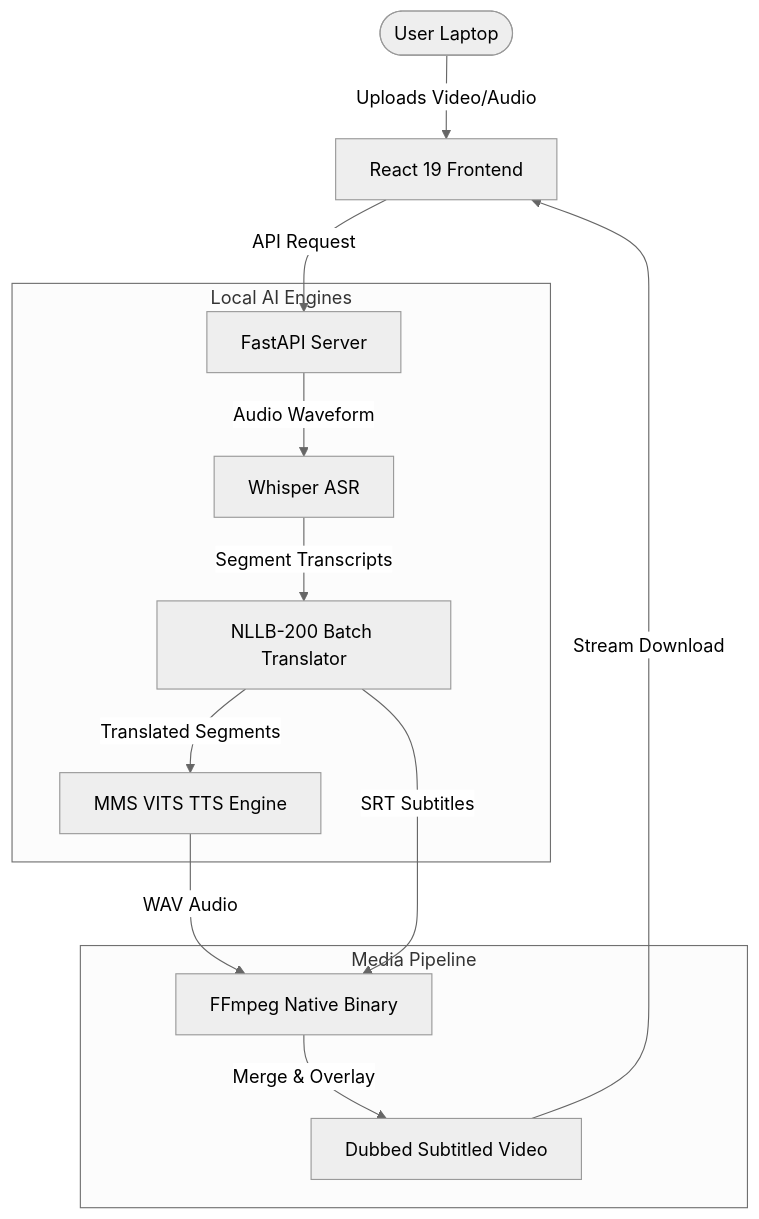
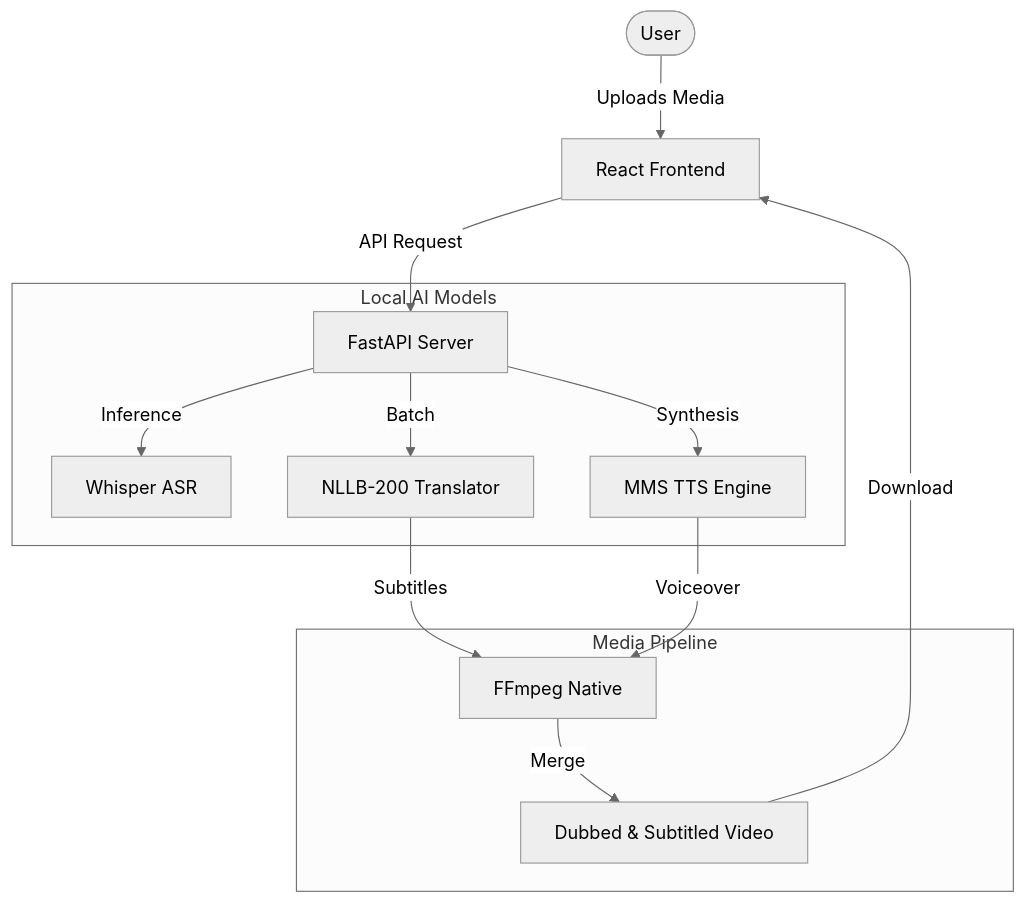
The diagram in README.md (froster02/BIAF-offASR), drawn with Mermaid (neutral theme) before and after one commit. The commit also changed other lines of this file and 2 other files, not shown here.

Commit message:
docs: complete end-to-end documentation overhaul for frontend, backend, and project root

````diff
--- a/README.md
+++ b/README.md
@@ -61,19 +46,19 @@
 ```mermaid
 graph TD
-    User([User Laptop]) -->|Uploads Video/Audio| WebUI[React 19 Frontend]
+    User([User]) -->|Uploads Media| WebUI[React Frontend]
     WebUI -->|API Request| Backend[FastAPI Server]
     
-    subgraph Local AI Engines
-        Backend -->|Audio Waveform| WhisperEngine[Whisper ASR]
-        WhisperEngine -->|Segment Transcripts| NLLBEngine[NLLB-200 Batch Translator]
-        NLLBEngine -->|Translated Segments| MMSEngine[MMS VITS TTS Engine]
+    subgraph Local AI Models
+        Backend -->|Inference| Whisper[Whisper ASR]
+        Backend -->|Batch| NLLB[NLLB-200 Translator]
+        Backend -->|Synthesis| MMS[MMS TTS Engine]
     end
     
     subgraph Media Pipeline
-        MMSEngine -->|WAV Audio| FFmpeg[FFmpeg Native Binary]
-        NLLBEngine -->|SRT Subtitles| FFmpeg
-        FFmpeg -->|Merge & Overlay| DubbedVideo[Dubbed Subtitled Video]
+        NLLB -->|Subtitles| FFmpeg[FFmpeg Native]
+        MMS -->|Voiceover| FFmpeg
+        FFmpeg -->|Merge| FinalVideo[Dubbed & Subtitled Video]
     end
     
-    DubbedVideo -->|Stream Download| WebUI
+    FinalVideo -->|Download| WebUI
 ```
````
